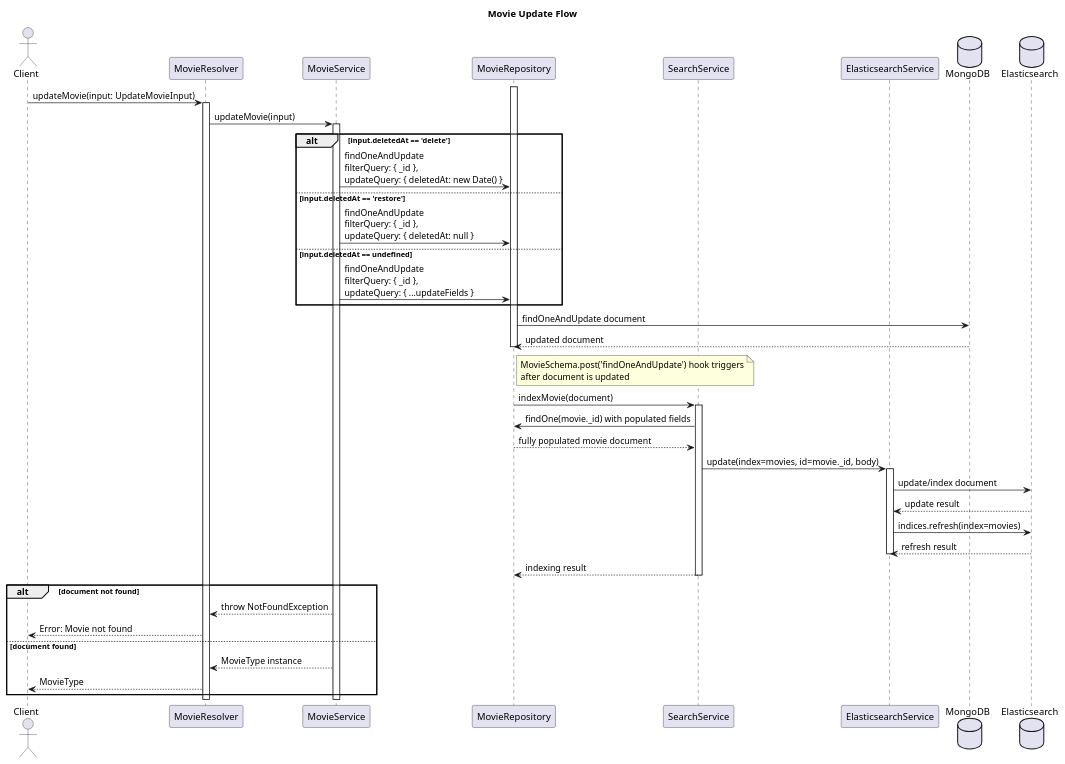
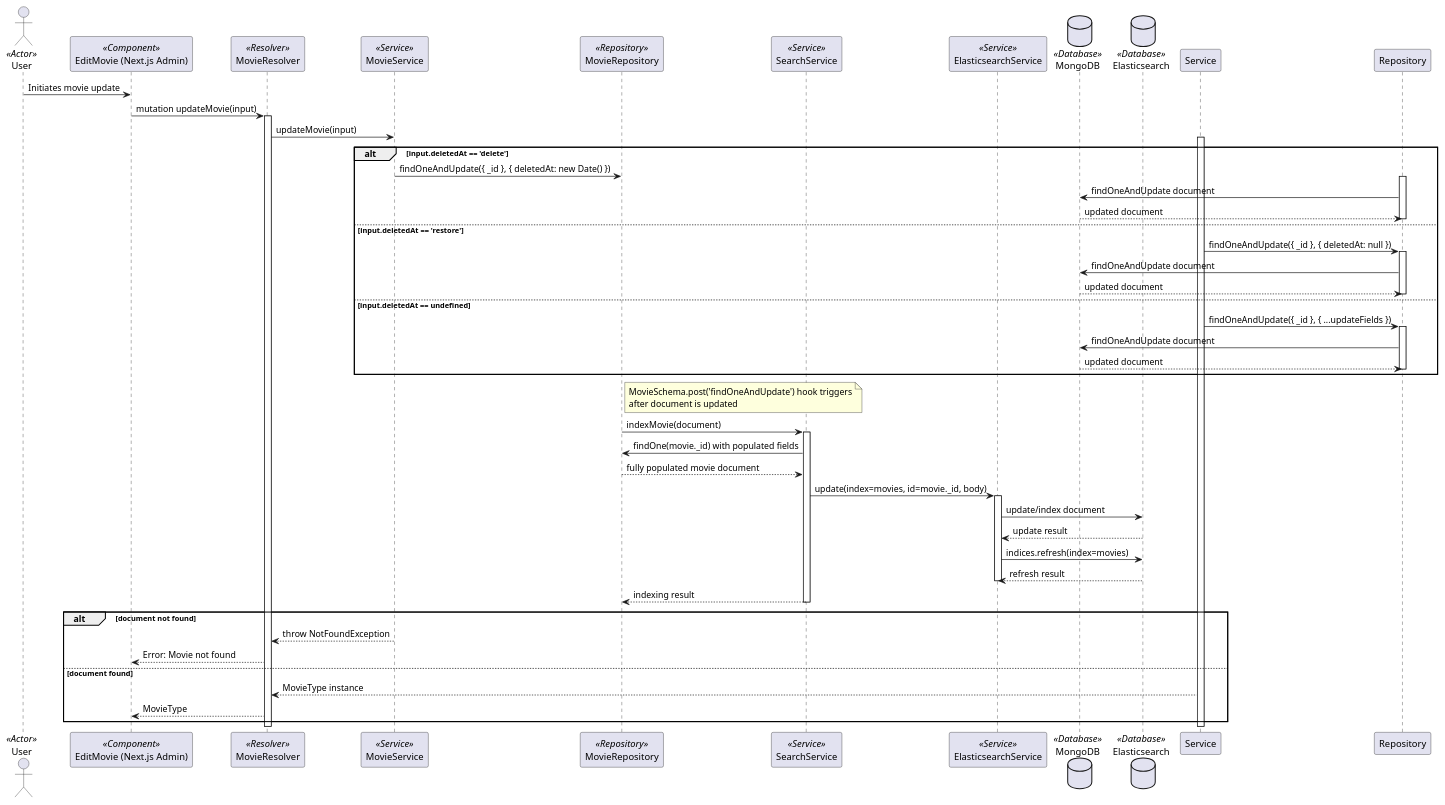
Before and after one commit to lehuygiang28/vphim: the diagram in documents/diagram/sequences/movies/movie_update_flow.puml, drawn with PlantUML. The commit also changed 43 other files, not shown here.

First line of the commit message:
refactor(diagrams): 🛠️ update sequence diagrams

```diff
--- a/documents/diagram/sequences/movies/movie_update_flow.puml
+++ b/documents/diagram/sequences/movies/movie_update_flow.puml
@@ -1,66 +1,68 @@
 @startuml Movie Update Flow
 
-actor Client
-participant MovieResolver
-participant MovieService
-participant MovieRepository
-participant SearchService
-participant ElasticsearchService
-database MongoDB
-database Elasticsearch
+actor User <<Actor>>
+' Stereotypes: <<Component>>, <<Resolver>>, <<Service>>, <<Repository>>, <<Service>>, <<Service>>, <<Database>>, <<Database>>
+participant "EditMovie (Next.js Admin)" as EditMovie <<Component>>
+participant "MovieResolver" as Resolver <<Resolver>>
+participant "MovieService" as MovieService <<Service>>
+participant "MovieRepository" as MovieRepository <<Repository>>
+participant "SearchService" as SearchService <<Service>>
+participant "ElasticsearchService" as ElasticsearchService <<Service>>
+database "MongoDB" as MongoDB <<Database>>
+database "Elasticsearch" as Elasticsearch <<Database>>
 
-title Movie Update Flow
-
-Client -> MovieResolver: updateMovie(input: UpdateMovieInput)
-activate MovieResolver
-
-MovieResolver -> MovieService: updateMovie(input)
-activate MovieService
-
+User -> EditMovie: Initiates movie update
+EditMovie -> Resolver: mutation updateMovie(input)
+activate Resolver
+Resolver -> MovieService: updateMovie(input)
+activate Service
 alt input.deletedAt == 'delete'
-    MovieService -> MovieRepository: findOneAndUpdate \nfilterQuery: { _id }, \nupdateQuery: { deletedAt: new Date() }
+    MovieService -> MovieRepository: findOneAndUpdate({ _id }, { deletedAt: new Date() })
+    activate Repository
+    Repository -> MongoDB: findOneAndUpdate document
+    MongoDB --> Repository: updated document
+    deactivate MongoDB
+    deactivate Repository
 else input.deletedAt == 'restore'
-    MovieService -> MovieRepository: findOneAndUpdate \nfilterQuery: { _id }, \nupdateQuery: { deletedAt: null }
+    Service -> Repository: findOneAndUpdate({ _id }, { deletedAt: null })
+    activate Repository
+    Repository -> MongoDB: findOneAndUpdate document
+    MongoDB --> Repository: updated document
+    deactivate MongoDB
+    deactivate Repository
 else input.deletedAt == undefined
-    MovieService -> MovieRepository: findOneAndUpdate \nfilterQuery: { _id }, \nupdateQuery: { ...updateFields }
+    Service -> Repository: findOneAndUpdate({ _id }, { ...updateFields })
+    activate Repository
+    Repository -> MongoDB: findOneAndUpdate document
+    MongoDB --> Repository: updated document
+    deactivate MongoDB
+    deactivate Repository
 end
-
-activate MovieRepository
-MovieRepository -> MongoDB: findOneAndUpdate document
-MongoDB --> MovieRepository: updated document
-deactivate MovieRepository
-
 note right of MovieRepository
   MovieSchema.post('findOneAndUpdate') hook triggers
   after document is updated
 end note
-
 MovieRepository -> SearchService: indexMovie(document)
 activate SearchService
-
 SearchService -> MovieRepository: findOne(movie._id) with populated fields
 MovieRepository --> SearchService: fully populated movie document
-
 SearchService -> ElasticsearchService: update(index=movies, id=movie._id, body)
 activate ElasticsearchService
 ElasticsearchService -> Elasticsearch: update/index document
 Elasticsearch --> ElasticsearchService: update result
 ElasticsearchService -> Elasticsearch: indices.refresh(index=movies)
 Elasticsearch --> ElasticsearchService: refresh result
 deactivate ElasticsearchService
-
 SearchService --> MovieRepository: indexing result
 deactivate SearchService
+alt document not found
+    MovieService --> Resolver: throw NotFoundException
+    Resolver --> EditMovie: Error: Movie not found
+else document found
+    Service --> Resolver: MovieType instance
+    Resolver --> EditMovie: MovieType
+end
+deactivate Service
+deactivate Resolver
 
-alt document not found
-    MovieService --> MovieResolver: throw NotFoundException
-    MovieResolver --> Client: Error: Movie not found
-else document found
-    MovieService --> MovieResolver: MovieType instance
-    MovieResolver --> Client: MovieType
-end
-
-deactivate MovieService
-deactivate MovieResolver
-
-@enduml 
+@enduml
```
